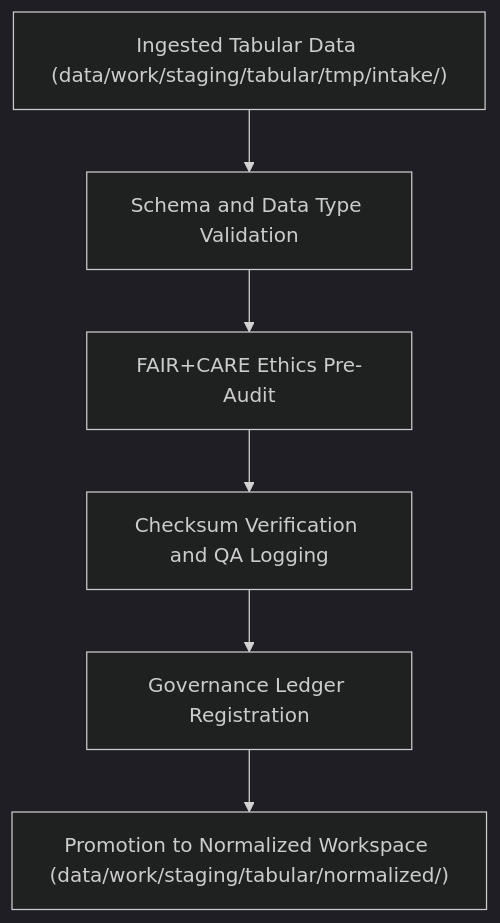
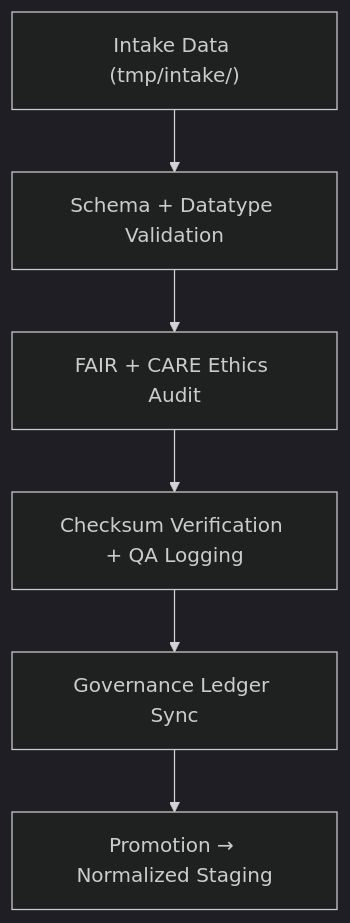
The diagram in data/work/staging/tabular/tmp/validation/README.md (bartytime4life/Kansas-Frontier-Matrix), drawn with Mermaid (dark theme) before and after one commit. The commit also changed other lines of this file, not shown here.

````diff
--- a/data/work/staging/tabular/tmp/validation/README.md
+++ b/data/work/staging/tabular/tmp/validation/README.md
@@ -63,8 +64,8 @@
 ```mermaid
 flowchart TD
-    A["Ingested Tabular Data (data/work/staging/tabular/tmp/intake/)"] --> B["Schema and Data Type Validation"]
-    B --> C["FAIR+CARE Ethics Pre-Audit"]
-    C --> D["Checksum Verification and QA Logging"]
-    D --> E["Governance Ledger Registration"]
-    E --> F["Promotion to Normalized Workspace (data/work/staging/tabular/normalized/)"]
+    A["Intake Data (tmp/intake/)"] --> B["Schema + Datatype Validation"]
+    B --> C["FAIR + CARE Ethics Audit"]
+    C --> D["Checksum Verification + QA Logging"]
+    D --> E["Governance Ledger Sync"]
+    E --> F["Promotion → Normalized Staging"]
 ```
````
